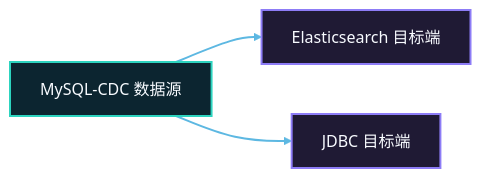
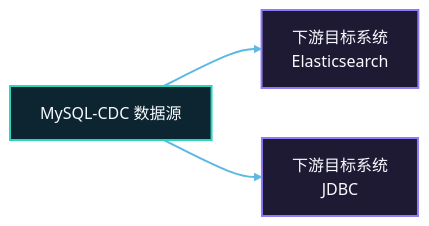
One commit to apache/seatunnel changed the third of 4 diagrams in docs/zh/architecture/engine/dag-execution.md. Above: the diagram before and after it, drawn with Mermaid (base theme). The commit also changed 1 other file, not shown here.

Commit message:
Polish multiple sink diagram alignment

````diff
--- a/docs/zh/architecture/engine/dag-execution.md
+++ b/docs/zh/architecture/engine/dag-execution.md
@@ -227,12 +227,12 @@
 ```mermaid
 flowchart LR
-    source["MySQL-CDC 数据源"] --> elastic["Elasticsearch 目标端"]
-    source --> jdbc["JDBC 目标端"]
+    source["MySQL-CDC 数据源"] --> elastic["下游目标系统<br/>Elasticsearch"]
+    source --> jdbc["下游目标系统<br/>JDBC"]
 
     classDef layerCyan fill:#0c2530,stroke:#2dd4bf,stroke-width:2px,color:#f8fbff;
     classDef layerPurple fill:#1f1a34,stroke:#8d7cf6,stroke-width:2px,color:#f8fbff;
 
     class source layerCyan;
     class elastic,jdbc layerPurple;
     linkStyle default stroke:#5db8e2,stroke-width:2px;
 ```
````
